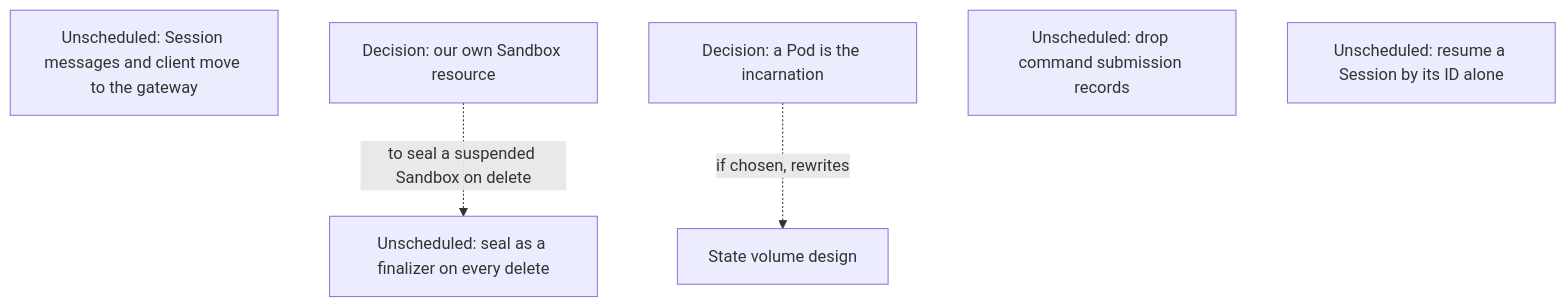
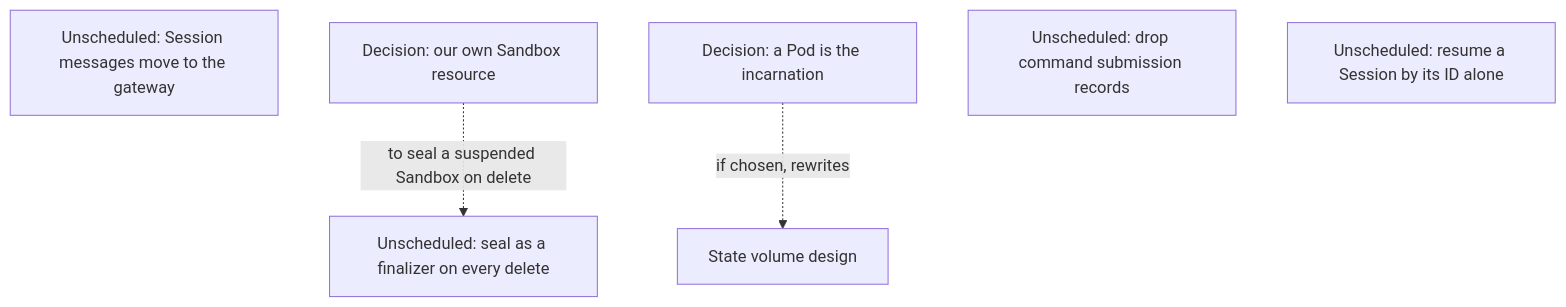
Before and after one commit to agentydragon-agent/ducktape: diagram 12 of 13 in agentplane/plans/task_dag.md, drawn with Mermaid. The commit also changed other lines of this file and 291 other files, not shown here.

````diff
--- a/agentplane/plans/task_dag.md
+++ b/agentplane/plans/task_dag.md
@@ -753,11 +748,11 @@
 ```mermaid
 flowchart TD
-    GATEWAY_CLIENT_SPLIT[Unscheduled: Session messages and client move to the gateway]
+    GATEWAY_CLIENT_SPLIT[Unscheduled: Session messages move to the gateway]
     AGENTPLANE_SANDBOX_RESOURCE[Decision: our own Sandbox resource]
     POD_INCARNATION[Decision: a Pod is the incarnation]
     SEAL_FINALIZER[Unscheduled: seal as a finalizer on every delete]
     COMMAND_RECORDS_RETIRE[Unscheduled: drop command submission records]
     RESUME_BY_SESSION_ID[Unscheduled: resume a Session by its ID alone]
     AGENTPLANE_SANDBOX_RESOURCE -. to seal a suspended Sandbox on delete .-> SEAL_FINALIZER
     POD_INCARNATION -. if chosen, rewrites .-> SESSION_STATE_VOLUME_DESIGN[State volume design]
 ```
````
